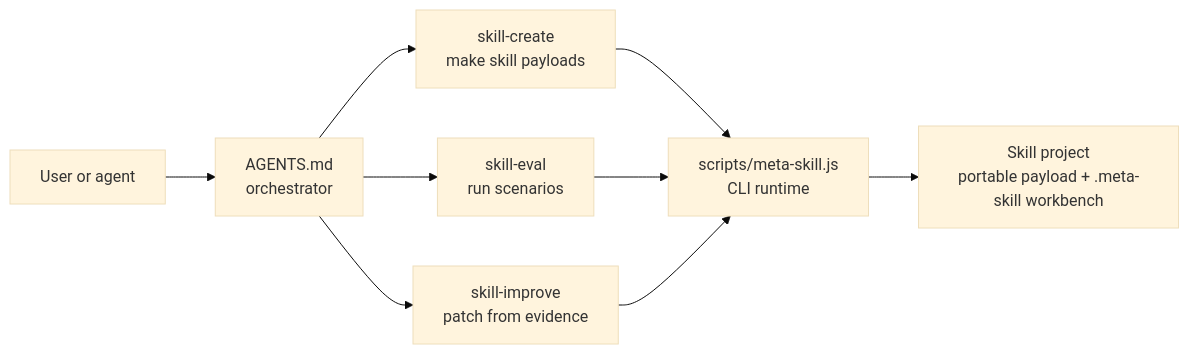
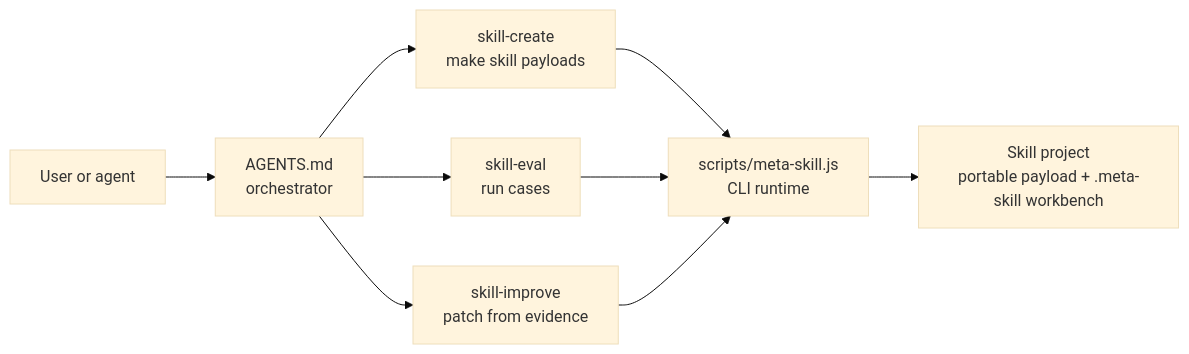
One commit to rishirsv/dots changed the first of 6 diagrams in plugins/meta-skill/architecture.md. Above: the diagram before and after it, drawn with Mermaid (base theme). The commit also changed other lines of this file and 31 other files, not shown here.

Commit message:
hard-cut meta-skill eval runtime

````diff
--- a/plugins/meta-skill/architecture.md
+++ b/plugins/meta-skill/architecture.md
@@ -9,11 +9,11 @@
 ```mermaid
 flowchart LR
   user["User or agent"] --> orchestrator["AGENTS.md\norchestrator"]
   orchestrator --> create["skill-create\nmake skill payloads"]
-  orchestrator --> eval["skill-eval\nrun scenarios"]
+  orchestrator --> eval["skill-eval\nrun cases"]
   orchestrator --> improve["skill-improve\npatch from evidence"]
   create --> cli["scripts/meta-skill.js\nCLI runtime"]
   eval --> cli
   improve --> cli
   cli --> project["Skill project\nportable payload + .meta-skill workbench"]
 ```
````
